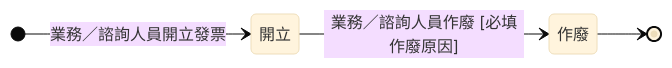
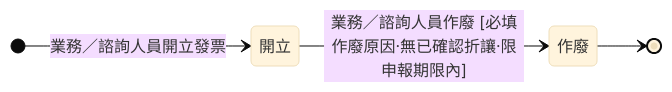
Before and after one commit to Kawato-Miles/erp-spec: the diagram in memory/Sens_wiki/wiki/erp/06-state-machines/發票狀態.md, drawn with Mermaid (base theme). The commit also changed other lines of this file and 2 other files, not shown here.

````diff
--- a/memory/Sens_wiki/wiki/erp/06-state-machines/發票狀態.md
+++ b/memory/Sens_wiki/wiki/erp/06-state-machines/發票狀態.md
@@ -33,11 +33,11 @@
 ```mermaid
 stateDiagram-v2
     direction LR
 
     [*] --> s_issued : 業務／諮詢人員開立發票
     state "開立" as s_issued
     state "作廢" as s_void
 
-    s_issued --> s_void : 業務／諮詢人員作廢 [必填作廢原因]
+    s_issued --> s_void : 業務／諮詢人員作廢 [必填作廢原因·無已確認折讓·限申報期限內]
     s_void --> [*]
 ```
````
